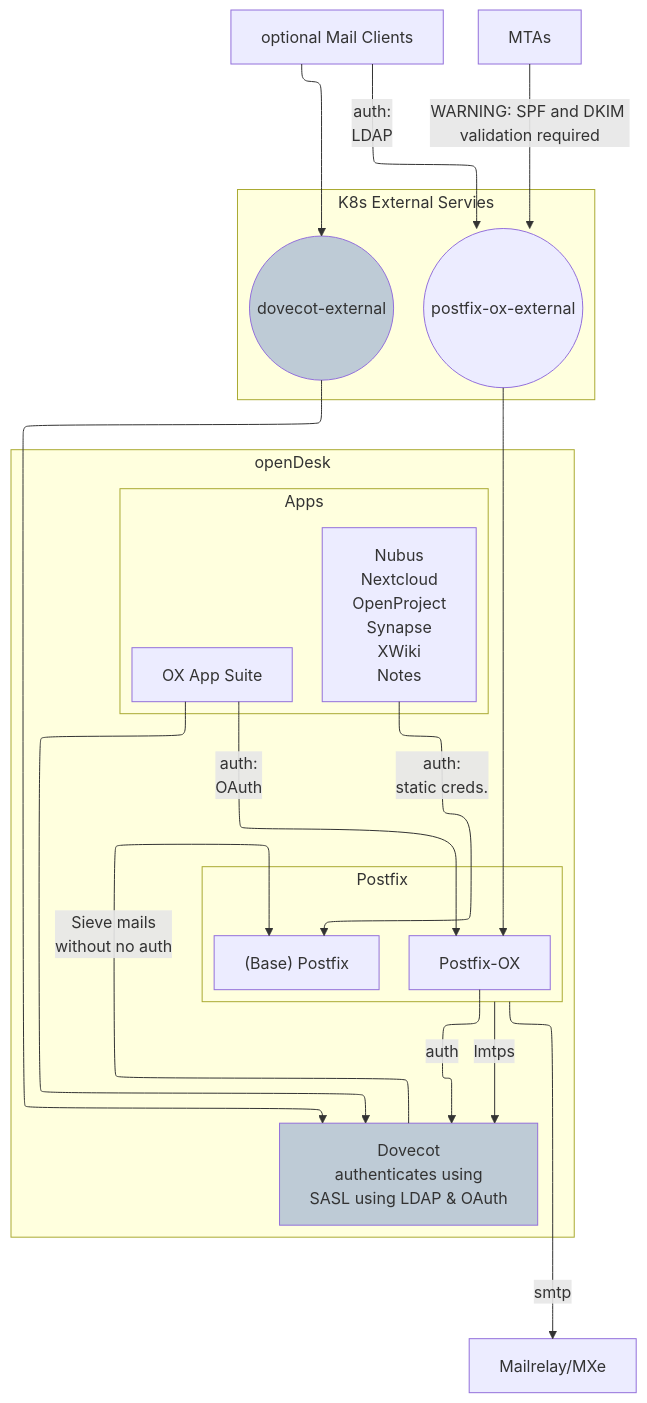
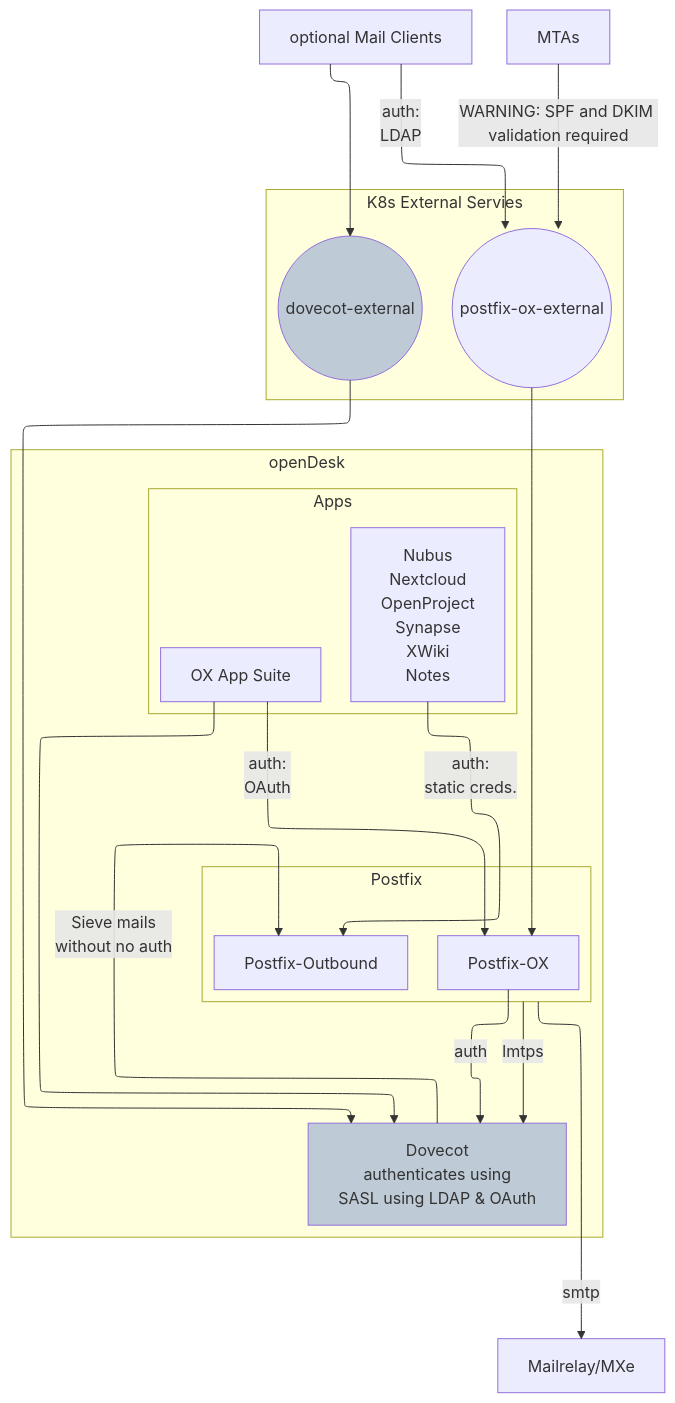
One commit to tobias-weiss-ai-xr/opendesk-edu changed the fifth of 5 diagrams in docs/architecture.md. Above: the diagram before and after it, drawn with Mermaid. The commit also changed 1 other file, not shown here.

Commit message:
docs(debugging.md): Enhancements and fixes

````diff
--- a/docs/architecture.md
+++ b/docs/architecture.md
@@ -369,47 +369,47 @@
 ```mermaid
 flowchart-elk
 
 extClient[optional Mail Clients]
 extRelay[Mailrelay/MXe]
 extMTA[MTAs]
 
 subgraph extSvc[K8s External Servies]
     extSvcDC((dovecot-external))
     extSvcPF((postfix-ox-external))
 end
 
 subgraph openDesk
     subgraph Apps
         AppsOther[Nubus<br>Nextcloud<br>OpenProject<br>Synapse<br>XWiki<br>Notes]
         AppsOXAS[OX App Suite]
     end
     subgraph Postfix
-        PostfixBase[#40;Base#41; Postfix]
+        PostfixOutbound[Postfix-Outbound]
         PostfixOX[Postfix-OX]
     end
     Dovecot[Dovecot<br>authenticates using<br>SASL using LDAP & OAuth]
-    Dovecot -->|Sieve mails<br>without no auth| PostfixBase
+    Dovecot -->|Sieve mails<br>without no auth| PostfixOutbound
     PostfixOX -->|auth|Dovecot
 end
 
 Postfix -->|lmtps| Dovecot
 Postfix -->|smtp| extRelay
 
 extSvcDC --> Dovecot
 extSvcPF --> PostfixOX
 
-AppsOther -->|auth:<br>static creds.| PostfixBase
+AppsOther -->|auth:<br>static creds.| PostfixOutbound
 AppsOXAS --> Dovecot
 AppsOXAS -->|auth:<br>OAuth| PostfixOX
 
 extClient --> extSvcDC
 extMTA -->|WARNING: SPF and DKIM validation required| extSvcPF
 extClient -->|auth:<br>LDAP| extSvcPF
 
 classDef postfix fill:#85extMTA9C;
-class PostfixBase postfix;
+class PostfixOutbound postfix;
 classDef postfix-ox fill:#F3E5Dovecot;
 class PostfixOX,extSvcPF postfix-ox;
 classDef dovecot fill:#BECBD6;
 class Dovecot,extSvcDC dovecot;
 ```
````
